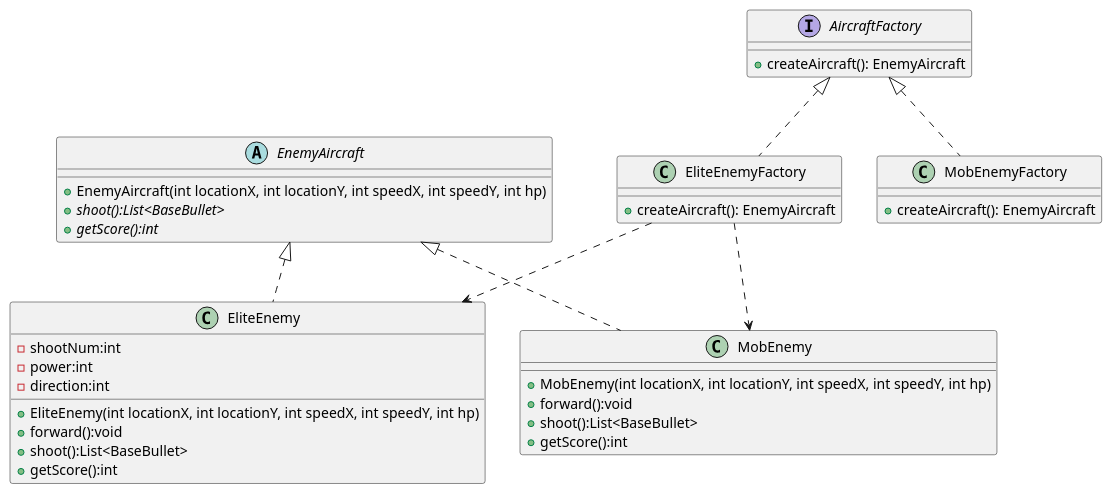
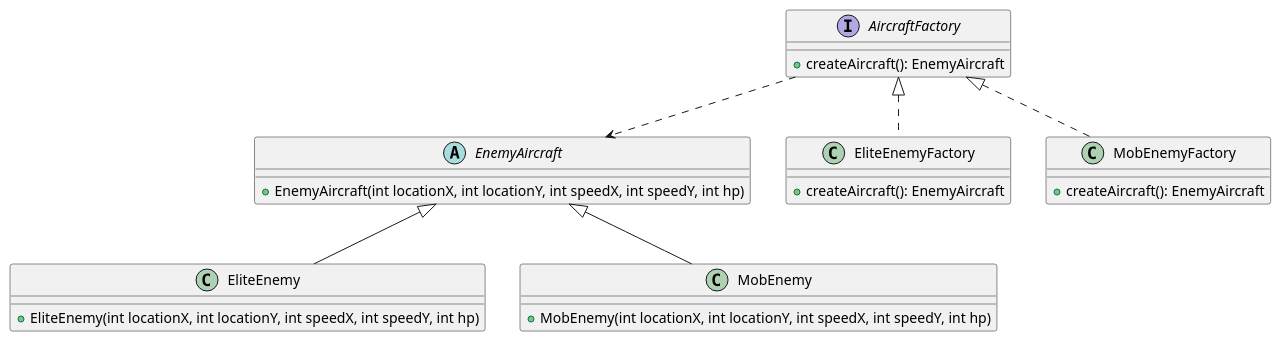
Before and after one commit to Lau-pq/AircraftWar: the diagram in uml/AircraftFactory.puml, drawn with PlantUML. The commit also changed 7 other files, not shown here.

```diff
--- a/uml/AircraftFactory.puml
+++ b/uml/AircraftFactory.puml
@@ -1,53 +1,40 @@
 @startuml
 'https://plantuml.com/class-diagram
 
 interface AircraftFactory {
     + createAircraft(): EnemyAircraft
 }
 
 abstract class EnemyAircraft
 {
     + EnemyAircraft(int locationX, int locationY, int speedX, int speedY, int hp)
-    + {abstract} shoot():List<BaseBullet>
-    + {abstract} getScore():int
+
 }
+
+AircraftFactory ..> EnemyAircraft
 
 class EliteEnemyFactory {
     + createAircraft(): EnemyAircraft
 }
 
 AircraftFactory <|.. EliteEnemyFactory
 
 class MobEnemyFactory {
     + createAircraft(): EnemyAircraft
 }
 
 AircraftFactory <|.. MobEnemyFactory
 
 class EliteEnemy {
-    - shootNum:int
-    - power:int
-    - direction:int
     + EliteEnemy(int locationX, int locationY, int speedX, int speedY, int hp)
-    + forward():void
-    + shoot():List<BaseBullet>
-    + getScore():int
 }
 
-EliteEnemyFactory ..> EliteEnemy
-EnemyAircraft <|.. EliteEnemy
+EnemyAircraft <|-- EliteEnemy
 
 class MobEnemy {
     + MobEnemy(int locationX, int locationY, int speedX, int speedY, int hp)
-    + forward():void
-    + shoot():List<BaseBullet>
-    + getScore():int
 }
 
-EliteEnemyFactory ..> MobEnemy
-EnemyAircraft <|.. MobEnemy
-
-
-
+EnemyAircraft <|-- MobEnemy
 
 @enduml
```
